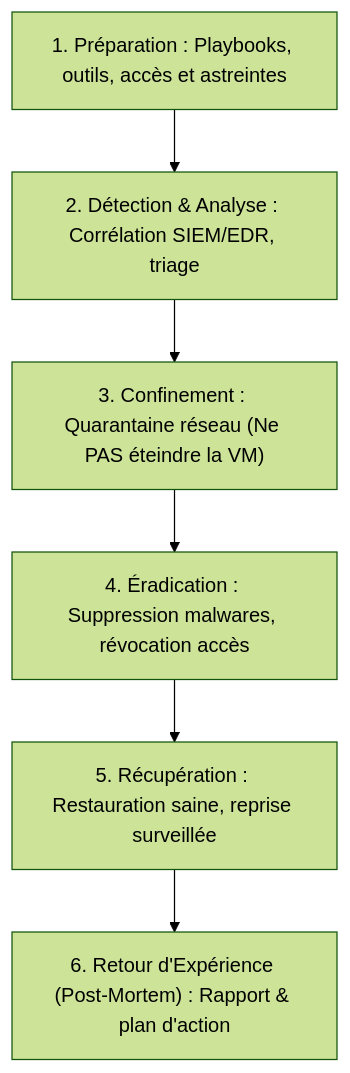
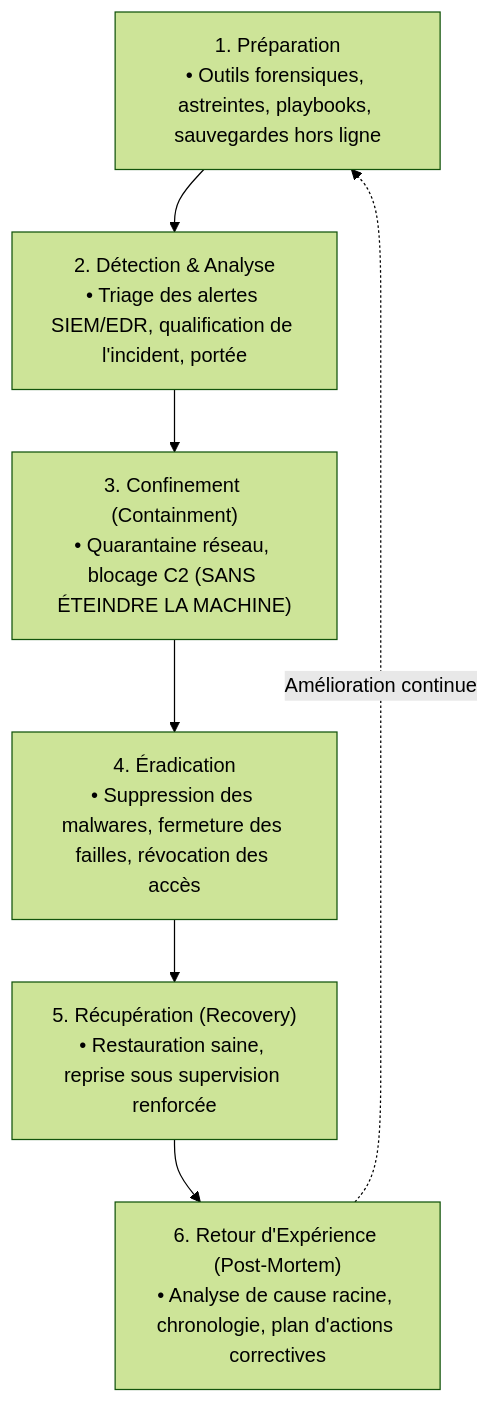
Before and after one commit to Klemz-696/opensio: the diagram in content/tracks/annee-2/modules/securite-systemes-durcissement/lessons/05-reponse-incidents-forensics-post-mortem.md, drawn with Mermaid (forest theme). The commit also changed other lines of this file and 10 other files, not shown here.

````diff
--- a/content/tracks/annee-2/modules/securite-systemes-durcissement/lessons/05-reponse-incidents-forensics-post-mortem.md
+++ b/content/tracks/annee-2/modules/securite-systemes-durcissement/lessons/05-reponse-incidents-forensics-post-mortem.md
@@ -38,8 +44,9 @@
 ```mermaid
-graph TD
-    PREP["1. Préparation : Playbooks, outils, accès et astreintes"] --> DETECT["2. Détection & Analyse : Corrélation SIEM/EDR, triage"]
-    DETECT --> CONT["3. Confinement : Quarantaine réseau (Ne PAS éteindre la VM)"]
-    CONT --> ERAD["4. Éradication : Suppression malwares, révocation accès"]
-    ERAD --> REC["5. Récupération : Restauration saine, reprise surveillée"]
-    REC --> RETEX["6. Retour d'Expérience (Post-Mortem) : Rapport & plan d'action"]
+flowchart TD
+    PREP["1. Préparation<br/>• Outils forensiques, astreintes, playbooks, sauvegardes hors ligne"] --> DETECT["2. Détection & Analyse<br/>• Triage des alertes SIEM/EDR, qualification de l'incident, portée"]
+    DETECT --> CONT["3. Confinement (Containment)<br/>• Quarantaine réseau, blocage C2 (SANS ÉTEINDRE LA MACHINE)"]
+    CONT --> ERAD["4. Éradication<br/>• Suppression des malwares, fermeture des failles, révocation des accès"]
+    ERAD --> REC["5. Récupération (Recovery)<br/>• Restauration saine, reprise sous supervision renforcée"]
+    REC --> RETEX["6. Retour d'Expérience (Post-Mortem)<br/>• Analyse de cause racine, chronologie, plan d'actions correctives"]
+    RETEX -.->|Amélioration continue| PREP
 ```
````
